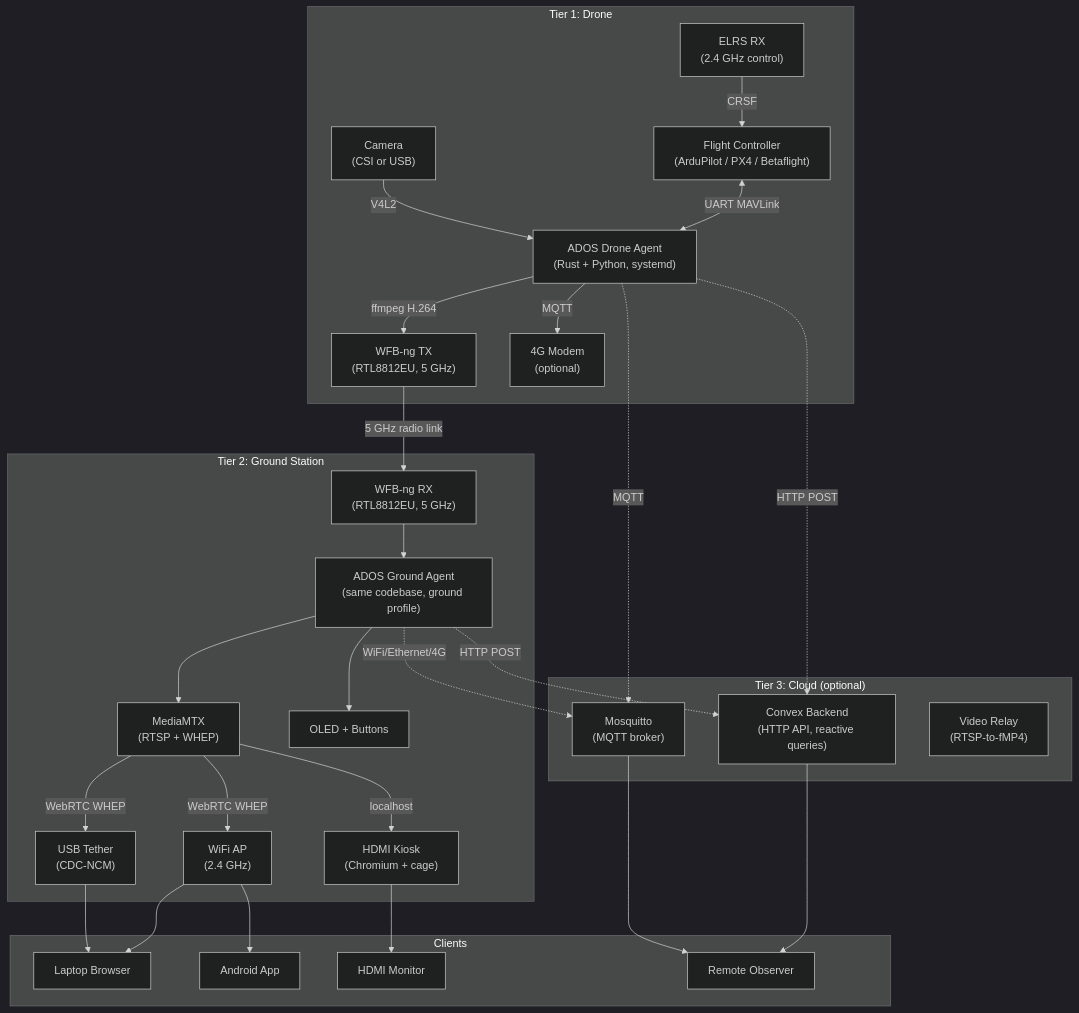
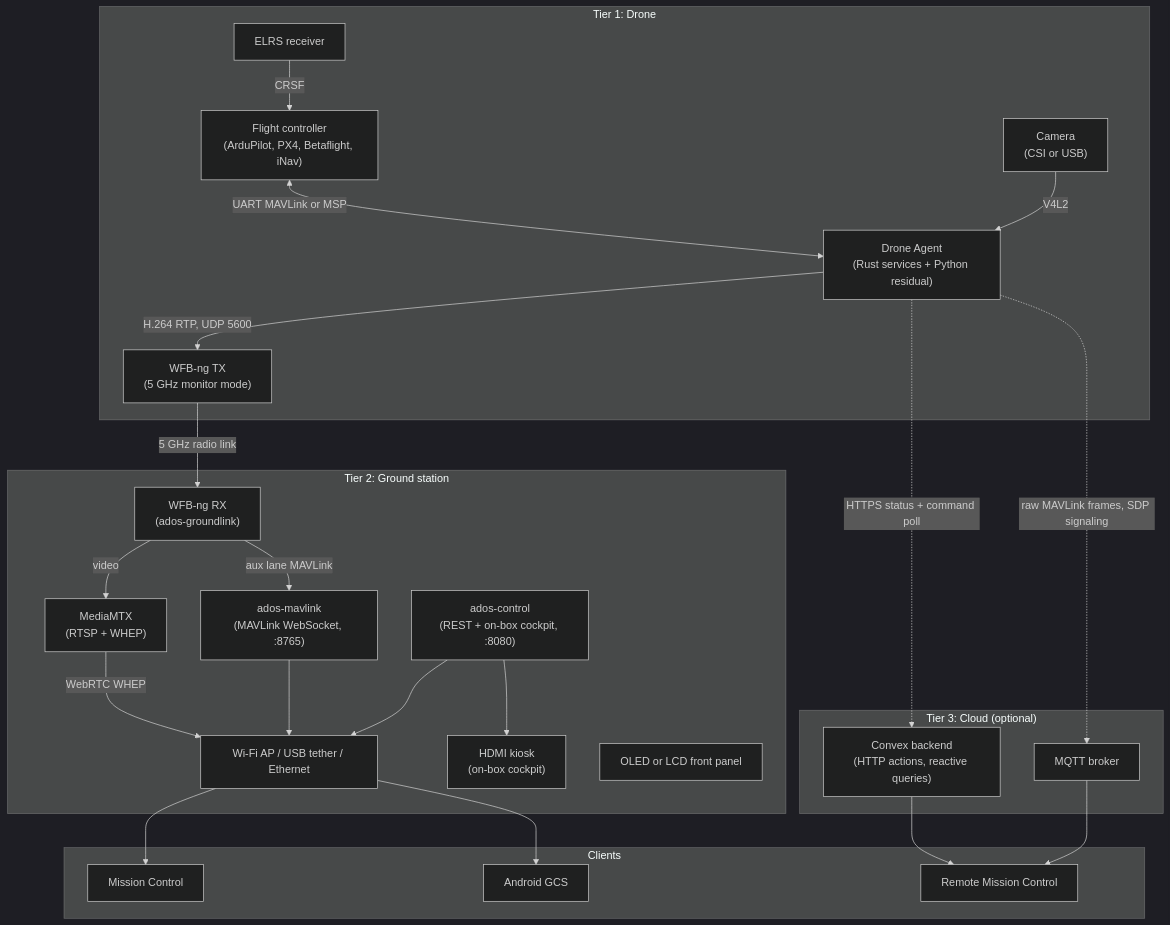
Before and after one commit to altnautica/Documentation: the diagram in architecture/system-overview.mdx, drawn with Mermaid. The commit also changed other lines of this file and 412 other files, not shown here.

````diff
--- a/architecture/system-overview.mdx
+++ b/architecture/system-overview.mdx
@@ -14,61 +15,53 @@
 ```mermaid
 %%{init: {'theme': 'dark'}}%%
 flowchart TB
     subgraph Drone["Tier 1: Drone"]
-        FC["Flight Controller<br/>(ArduPilot / PX4 / Betaflight)"]
-        Agent["ADOS Drone Agent<br/>(Rust + Python, systemd)"]
+        FC["Flight controller<br/>(ArduPilot, PX4, Betaflight, iNav)"]
+        Agent["Drone Agent<br/>(Rust services + Python residual)"]
         Camera["Camera<br/>(CSI or USB)"]
-        WFB_TX["WFB-ng TX<br/>(RTL8812EU, 5 GHz)"]
-        ELRS["ELRS RX<br/>(2.4 GHz control)"]
-        Modem_Air["4G Modem<br/>(optional)"]
+        WFB_TX["WFB-ng TX<br/>(5 GHz monitor mode)"]
+        ELRS["ELRS receiver"]
 
-        FC <-->|UART MAVLink| Agent
+        FC <-->|UART MAVLink or MSP| Agent
         Camera -->|V4L2| Agent
-        Agent -->|ffmpeg H.264| WFB_TX
-        Agent -->|MQTT| Modem_Air
+        Agent -->|H.264 RTP, UDP 5600| WFB_TX
         ELRS -->|CRSF| FC
     end
 
-    subgraph Ground["Tier 2: Ground Station"]
-        WFB_RX["WFB-ng RX<br/>(RTL8812EU, 5 GHz)"]
-        GS_Agent["ADOS Ground Agent<br/>(same codebase, ground profile)"]
+    subgraph Ground["Tier 2: Ground station"]
+        WFB_RX["WFB-ng RX<br/>(ados-groundlink)"]
         MediaMTX["MediaMTX<br/>(RTSP + WHEP)"]
-        WiFi_AP["WiFi AP<br/>(2.4 GHz)"]
-        USB["USB Tether<br/>(CDC-NCM)"]
-        HDMI["HDMI Kiosk<br/>(Chromium + cage)"]
-        OLED["OLED + Buttons"]
+        Control["ados-control<br/>(REST + on-box cockpit, :8080)"]
+        Router["ados-mavlink<br/>(MAVLink WebSocket, :8765)"]
+        AP["Wi-Fi AP / USB tether / Ethernet"]
+        HDMI["HDMI kiosk<br/>(on-box cockpit)"]
+        Panel["OLED or LCD front panel"]
 
-        WFB_RX --> GS_Agent
-        GS_Agent --> MediaMTX
-        MediaMTX -->|WebRTC WHEP| WiFi_AP
-        MediaMTX -->|WebRTC WHEP| USB
-        MediaMTX -->|localhost| HDMI
-        GS_Agent --> OLED
+        WFB_RX -->|video| MediaMTX
+        WFB_RX -->|aux lane MAVLink| Router
+        MediaMTX -->|WebRTC WHEP| AP
+        Router --> AP
+        Control --> AP
+        Control --> HDMI
     end
 
     subgraph Cloud["Tier 3: Cloud (optional)"]
-        Convex["Convex Backend<br/>(HTTP API, reactive queries)"]
-        MQTT["Mosquitto<br/>(MQTT broker)"]
-        Video_Relay["Video Relay<br/>(RTSP-to-fMP4)"]
+        Convex["Convex backend<br/>(HTTP actions, reactive queries)"]
+        MQTT["MQTT broker"]
     end
 
     subgraph Clients["Clients"]
-        Laptop["Laptop Browser"]
-        Phone["Android App"]
-        Monitor["HDMI Monitor"]
-        Remote["Remote Observer"]
+        Browser["Mission Control"]
+        Phone["Android GCS"]
+        Remote["Remote Mission Control"]
     end
 
     WFB_TX -->|5 GHz radio link| WFB_RX
-    WiFi_AP --> Laptop
-    WiFi_AP --> Phone
-    HDMI --> Monitor
-    USB --> Laptop
+    AP --> Browser
+    AP --> Phone
 
-    GS_Agent -.->|WiFi/Ethernet/4G| MQTT
-    GS_Agent -.->|HTTP POST| Convex
-    Agent -.->|MQTT| MQTT
-    Agent -.->|HTTP POST| Convex
+    Agent -.->|HTTPS status + command poll| Convex
+    Agent -.->|raw MAVLink frames, SDP signaling| MQTT
     Convex --> Remote
     MQTT --> Remote
 ```
````
